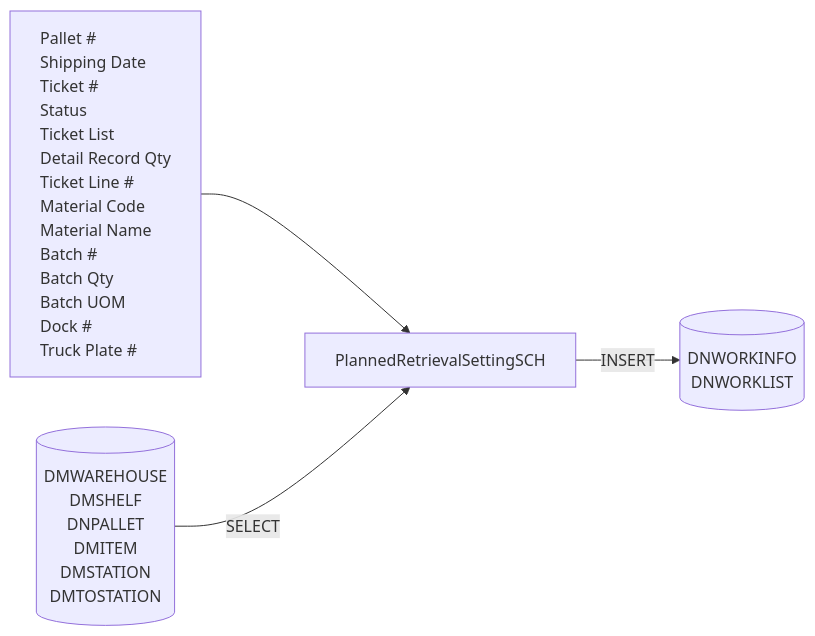
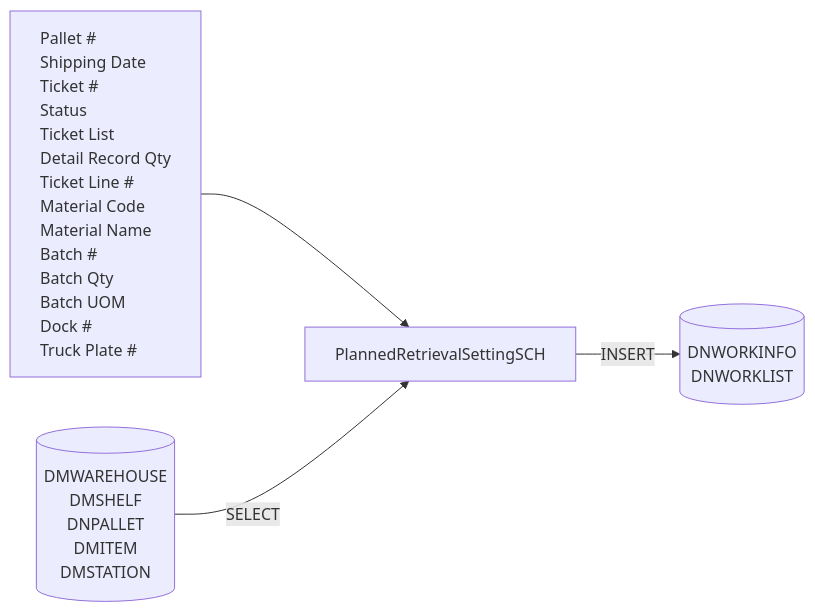
Before and after one commit to luthfiadityaa/SimeDarby-Wiki: the second of 8 diagrams in Basic-Design/DFD-WMS/Retrieval/Planned-Retrieval-to-OP-Area-(PKG).md, drawn with Mermaid.

Commit message:
Updated Planned Retrieval to OP Area (PKG)

```diff
--- a/Basic-Design/DFD-WMS/Retrieval/Planned-Retrieval-to-OP-Area-(PKG).md
+++ b/Basic-Design/DFD-WMS/Retrieval/Planned-Retrieval-to-OP-Area-(PKG).md
@@ -72,41 +72,40 @@
 ::: mermaid
 flowchart LR
     input[
         Pallet #
         Shipping Date
         Ticket #
         Status
         Ticket List
         Detail Record Qty
         Ticket Line #
         Material Code
         Material Name
         Batch #
         Batch Qty
         Batch UOM
         Dock #
         Truck Plate #    
     ]
 
     tableList-insert[("
         DNWORKINFO
         DNWORKLIST
     ")]
 
      tableList-select[("
         DMWAREHOUSE
         DMSHELF
         DNPALLET
         DMITEM
         DMSTATION
-        DMTOSTATION
     ")]
 
     className[PlannedRetrievalSettingSCH]
 
     input --> className --> |INSERT| tableList-insert
     tableList-select --> |SELECT| className
 
     classDef leftAlign text-align:left;
     class input leftAlign;
 :::
```
